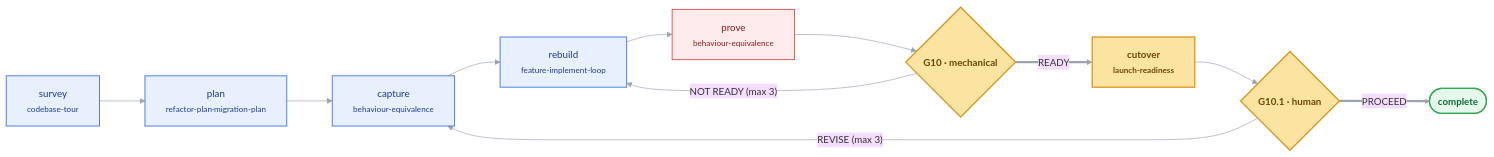
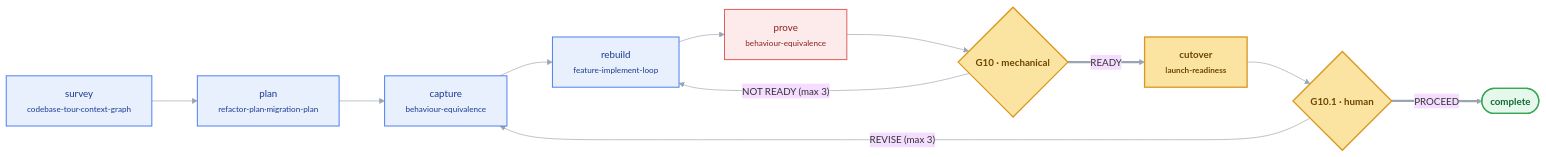
The diagram in docs/loops/modernize.mmd (sananthanarayan/skilldrop), drawn with Mermaid before and after one commit. The commit also changed 271 other files, not shown here.

First line of the commit message:
context-graph 0.2: code changed since each decision; a home in core; the modernize and design loops (1.1.0)

```diff
--- a/docs/loops/modernize.mmd
+++ b/docs/loops/modernize.mmd
@@ -1,28 +1,28 @@
 %%{init: {'theme':'base','themeVariables':{'fontFamily':'Segoe UI, Helvetica, Arial','fontSize':'15px','lineColor':'#9AA5B1'},'flowchart':{'curve':'basis','rankSpacing':70,'nodeSpacing':50,'padding':16}}}%%
 flowchart LR
     classDef gen    fill:#E8F0FE,stroke:#4C7DF0,stroke-width:1.5px,color:#1A3A8F;
     classDef review fill:#FDEAEA,stroke:#E05B5B,stroke-width:1.5px,color:#8A1F1F;
     classDef gate   fill:#FBE3A2,stroke:#D9971E,stroke-width:2px,color:#6B4500,font-weight:bold;
     classDef ship   fill:#E6F7EC,stroke:#34A853,stroke-width:2px,color:#0F6B33,font-weight:bold;
 
-    survey["survey<br/><small>codebase-tour</small>"]:::gen
+    survey["survey<br/><small>codebase-tour·context-graph</small>"]:::gen
     plan["plan<br/><small>refactor-plan·migration-plan</small>"]:::gen
     capture["capture<br/><small>behaviour-equivalence</small>"]:::gen
     rebuild["rebuild<br/><small>feature-implement-loop</small>"]:::gen
     prove["prove<br/><small>behaviour-equivalence</small>"]:::review
     cutover["cutover<br/><small>launch-readiness</small>"]:::gate
     G10{"G10 · mechanical"}:::gate
     G10_1{"G10.1 · human"}:::gate
     DONE(["complete"]):::ship
 
     survey --> plan
     plan --> capture
     capture --> rebuild
     rebuild --> prove
     prove --> G10
     G10 == "READY" ==> cutover
     cutover --> G10_1
     G10_1 == "PROCEED" ==> DONE
 
     G10 -- "NOT READY (max 3)" --> rebuild
     G10_1 -- "REVISE (max 3)" --> capture
```
